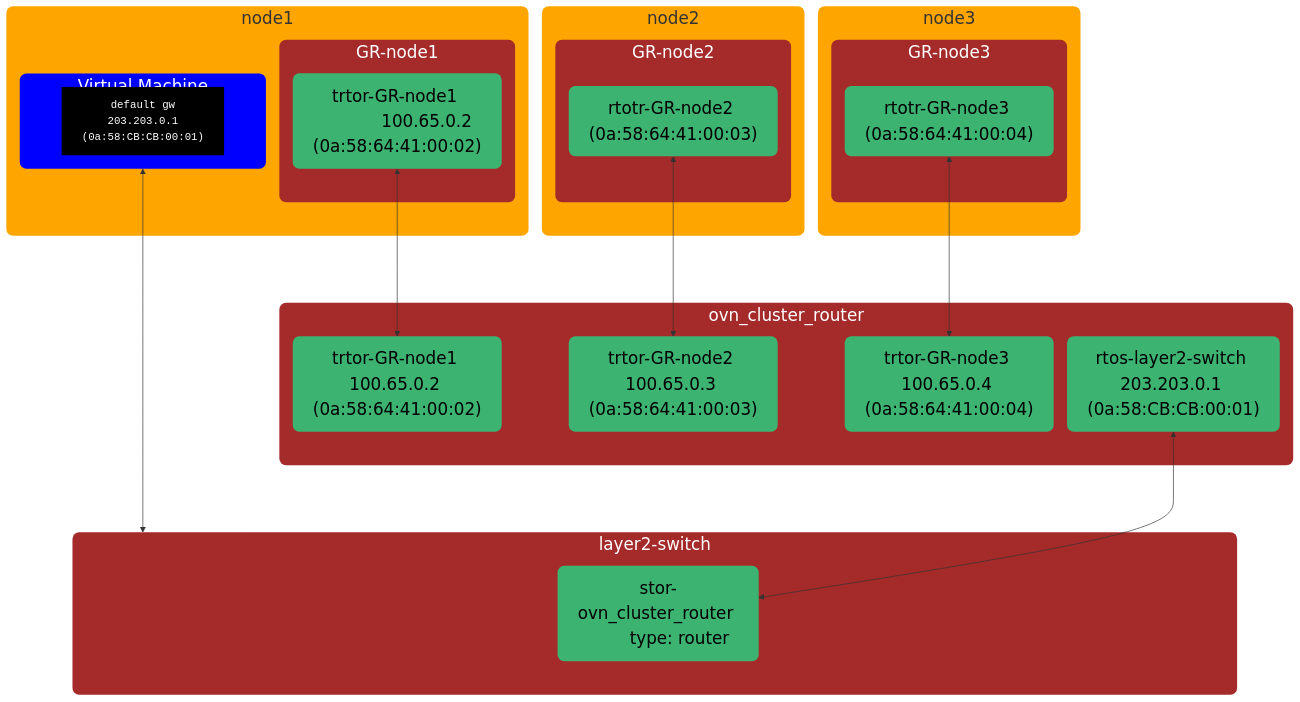
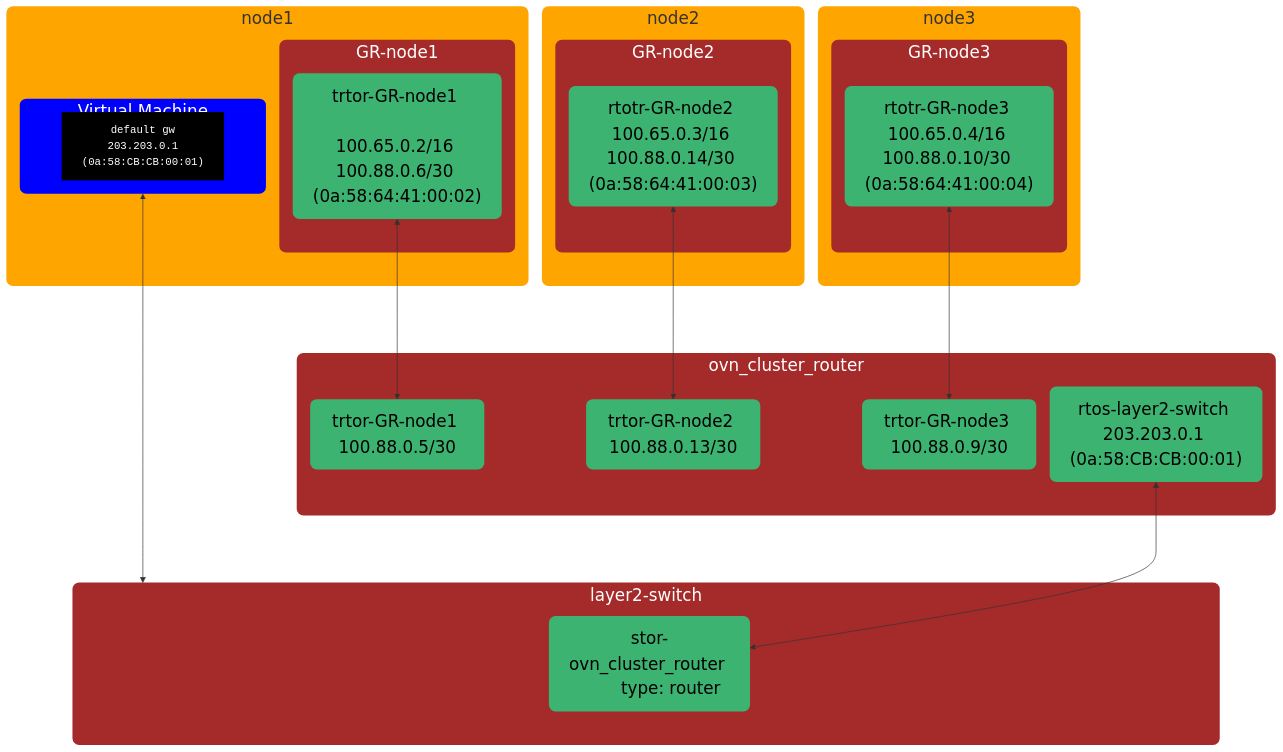
The fifth of 5 diagrams in docs/okeps/okep-5094-layer2-transit-router.md (ovn-kubernetes/ovn-kubernetes), drawn with Mermaid before and after one commit.

````diff
--- a/docs/okeps/okep-5094-layer2-transit-router.md
+++ b/docs/okeps/okep-5094-layer2-transit-router.md
@@ -259,69 +259,65 @@
 ```mermaid
 %%{init: {"nodeSpacing": 20, "rankSpacing": 100}}%%
 flowchart TD
     classDef nodeStyle fill:orange,stroke:none,rx:10px,ry:10px,font-size:25px;
     classDef vmStyle fill:blue,stroke:none,color:white,rx:10px,ry:10px,font-size:25px;
     classDef portStyle fill:#3CB371,color:black,stroke:none,rx:10px,ry:10px,font-size:25px;
     classDef routerStyle fill:brown,color:white,stroke:none,rx:10px,ry:10px,font-size:25px;
     classDef switchStyle fill:brown,color:white,stroke:none,rx:10px,ry:10px,font-size:25px;
     classDef termStyle font-family:monospace,fill:black,stroke:none,color:white;
-
     subgraph node1["node1"]
         subgraph GR-node1
             rtotr-GR-node1["trtor-GR-node1 
-            100.65.0.2 (0a:58:64:41:00:02)"]
+            100.65.0.2/16 100.88.0.6/30 (0a:58:64:41:00:02)"]
         end
         subgraph VM["Virtual Machine"]
-
             class VM vmStyle;
             term["default gw 
             203.203.0.1
             (0a:58:CB:CB:00:01)"]
         end
     end
     subgraph node2
         subgraph GR-node2
-            rtotr-GR-node2["rtotr-GR-node2 (0a:58:64:41:00:03)"]
+            rtotr-GR-node2["rtotr-GR-node2 100.65.0.3/16 100.88.0.14/30 (0a:58:64:41:00:03)"]
         end
     end
     subgraph node3
         subgraph GR-node3
-            rtotr-GR-node3["rtotr-GR-node3 (0a:58:64:41:00:04)"]
+            rtotr-GR-node3["rtotr-GR-node3 100.65.0.4/16 100.88.0.10/30 (0a:58:64:41:00:04)"]
         end
     end
     subgraph layer2-switch
         stor-ovn_cluster_router["stor-ovn_cluster_router 
         type: router"]
     end
     subgraph ovn_cluster_router["ovn_cluster_router "]
-        trtor-GR-node1["trtor-GR-node1 100.65.0.2 (0a:58:64:41:00:02)"]
-        trtor-GR-node2["trtor-GR-node2 100.65.0.3 (0a:58:64:41:00:03)"]
-        trtor-GR-node3["trtor-GR-node3 100.65.0.4 (0a:58:64:41:00:04)"]
+        trtor-GR-node1["trtor-GR-node1 100.88.0.5/30"]
+        trtor-GR-node2["trtor-GR-node2 100.88.0.13/30"]
+        trtor-GR-node3["trtor-GR-node3 100.88.0.9/30"]
         rtos-layer2-switch["rtos-layer2-switch 203.203.0.1 (0a:58:CB:CB:00:01)"]
     end
     rtotr-GR-node1 <--> trtor-GR-node1
     rtotr-GR-node2 <--> trtor-GR-node2
     rtotr-GR-node3 <--> trtor-GR-node3
     VM <-->layer2-switch
     rtos-layer2-switch <--> stor-ovn_cluster_router
     
     class VM vmStyle;
     class rtotr-GR-node1 portStyle;
     class rtotr-GR-node2 portStyle;
     class rtotr-GR-node3 portStyle;
     class trtor-GR-node1 portStyle;
     class trtor-GR-node2 portStyle;
     class trtor-GR-node3 portStyle;
     class stor-ovn_cluster_router portStyle;
     class rtos-layer2-switch portStyle;
     class GR-node1 routerStyle;
     class GR-node2 routerStyle;
     class GR-node3 routerStyle;
     class ovn_cluster_router routerStyle;
     class layer2-switch switchStyle
     class term termStyle;
     class node1,node2,node3 nodeStyle;
     
-
-
  ```
````
